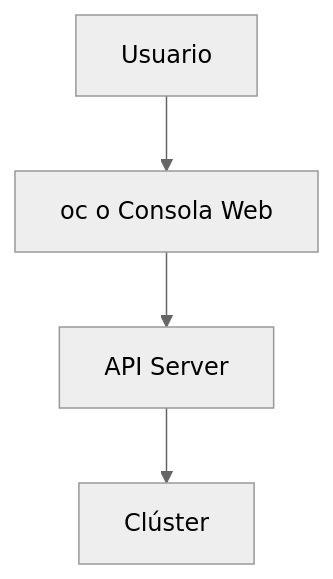
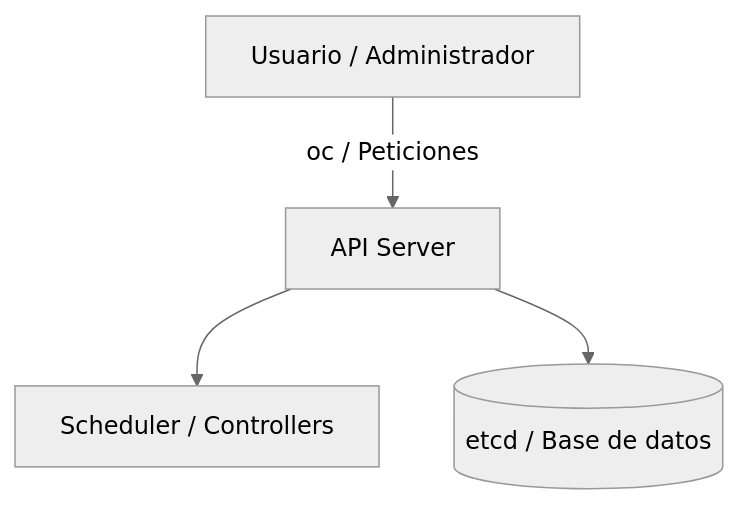
One commit to ieftraining/curso-openshift changed the second of 5 diagrams in docs/sesion1/1.5 Arquitectura cluster.md. Above: the diagram before and after it, drawn with Mermaid (neutral theme). The commit also changed other lines of this file, not shown here.

````diff
--- a/docs/sesion1/1.5 Arquitectura cluster.md
+++ b/docs/sesion1/1.5 Arquitectura cluster.md
@@ -93,7 +74,6 @@
 ```mermaid
 flowchart TD
-    U[Usuario]
-    --> T[oc o Consola Web]
-    --> API[API Server]
-    --> CL[Clúster]
+    U[Usuario / Administrador] -->|oc / Peticiones| API[API Server]
+    API --> S[Scheduler / Controllers]
+    API --> E[(etcd / Base de datos)]
 ```
````
